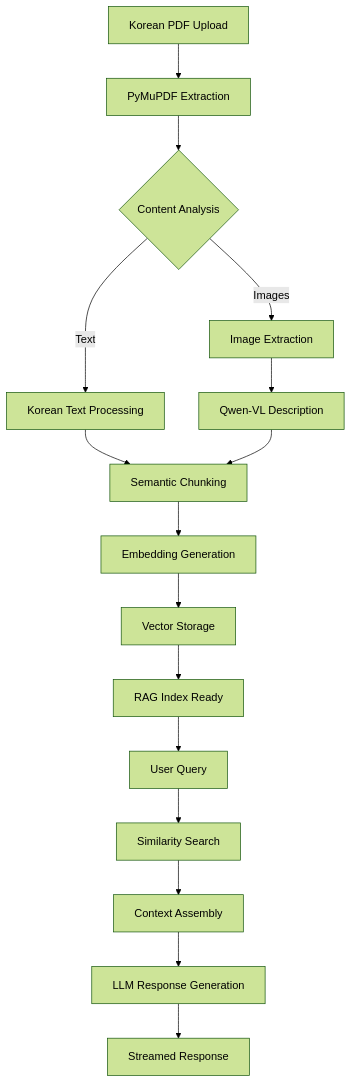
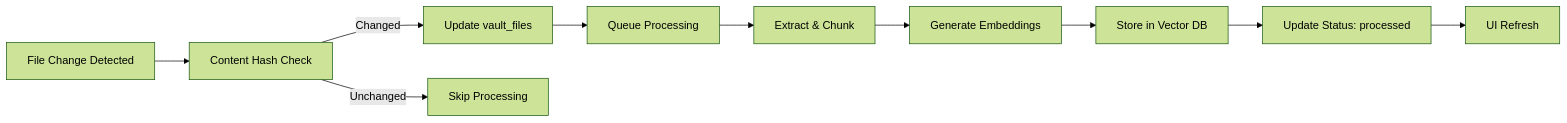
Before and after one commit to YBIGTA/26th-summer-NotebookLocal: the third of 4 diagrams in README.md, drawn with Mermaid (forest theme). The commit also changed other lines of this file and 19 other files, not shown here.

Commit message:
claude limit till 10pm eat kkoligomtang for dinner, finish writing down read me, also delete korean prompt and lets test if the newly implemented rag upgrade works well

````diff
--- a/README.md
+++ b/README.md
@@ -144,18 +105,13 @@
 ```mermaid
-graph TD
-    A[Korean PDF Upload] --> B[PyMuPDF Extraction]
-    B --> C{Content Analysis}
-    C -->|Text| D[Korean Text Processing]
-    C -->|Images| E[Image Extraction]
-    E --> F[Qwen-VL Description]
-    D --> G[Semantic Chunking]
-    F --> G
-    G --> H[Embedding Generation]
-    H --> I[Vector Storage]
-    I --> J[RAG Index Ready]
-    J --> K[User Query]
-    K --> L[Similarity Search]
-    L --> M[Context Assembly]
-    M --> N[LLM Response Generation]
-    N --> O[Streamed Response]
+graph LR
+    A[File Change Detected] --> B[Content Hash Check]
+    B -->|Changed| C[Update vault_files]
+    C --> D[Queue Processing]
+    D --> E[Extract & Chunk]
+    E --> F[Generate Embeddings]
+    F --> G[Store in Vector DB]
+    G --> H[Update Status: processed]
+    H --> I[UI Refresh]
+    
+    B -->|Unchanged| J[Skip Processing]
 ```
````
